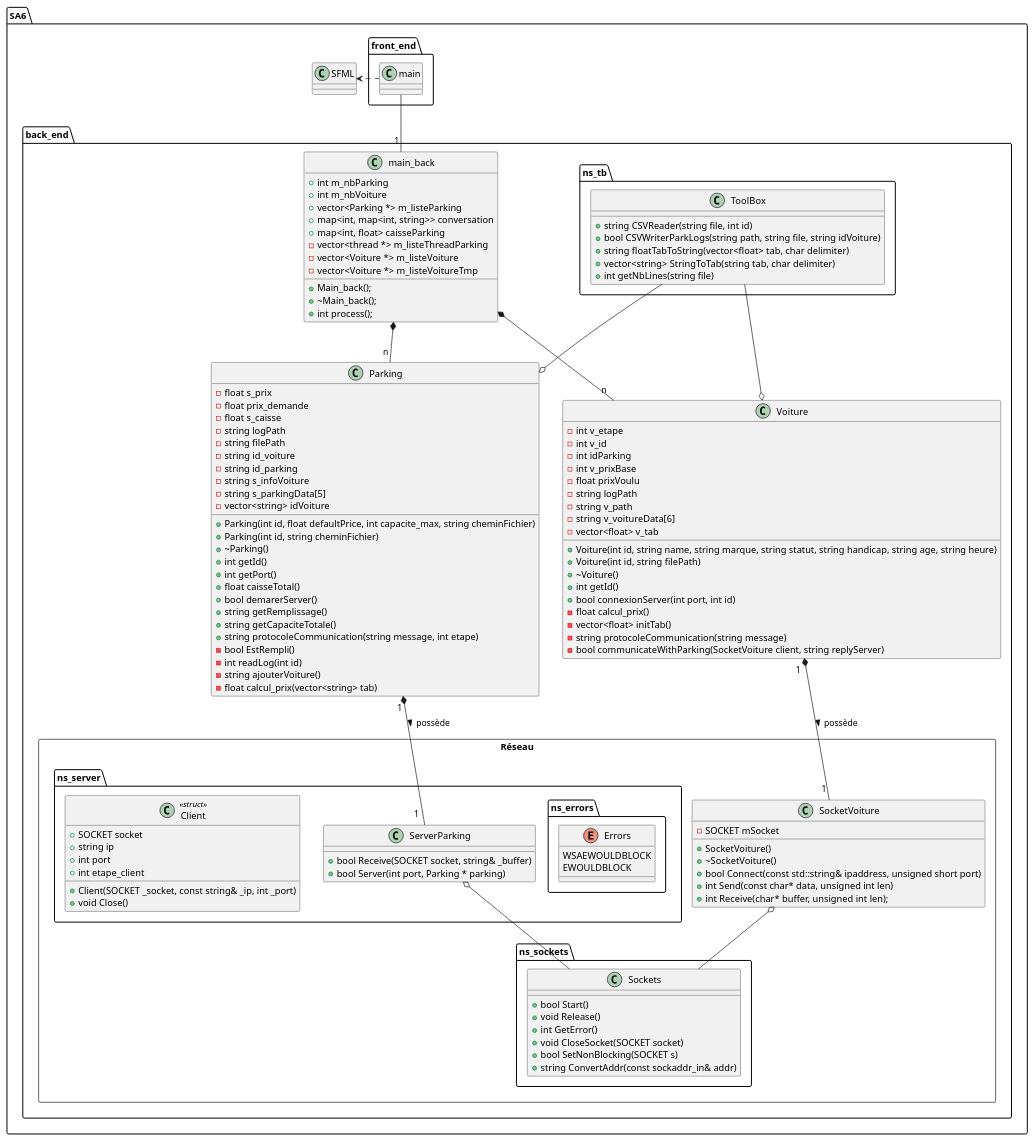
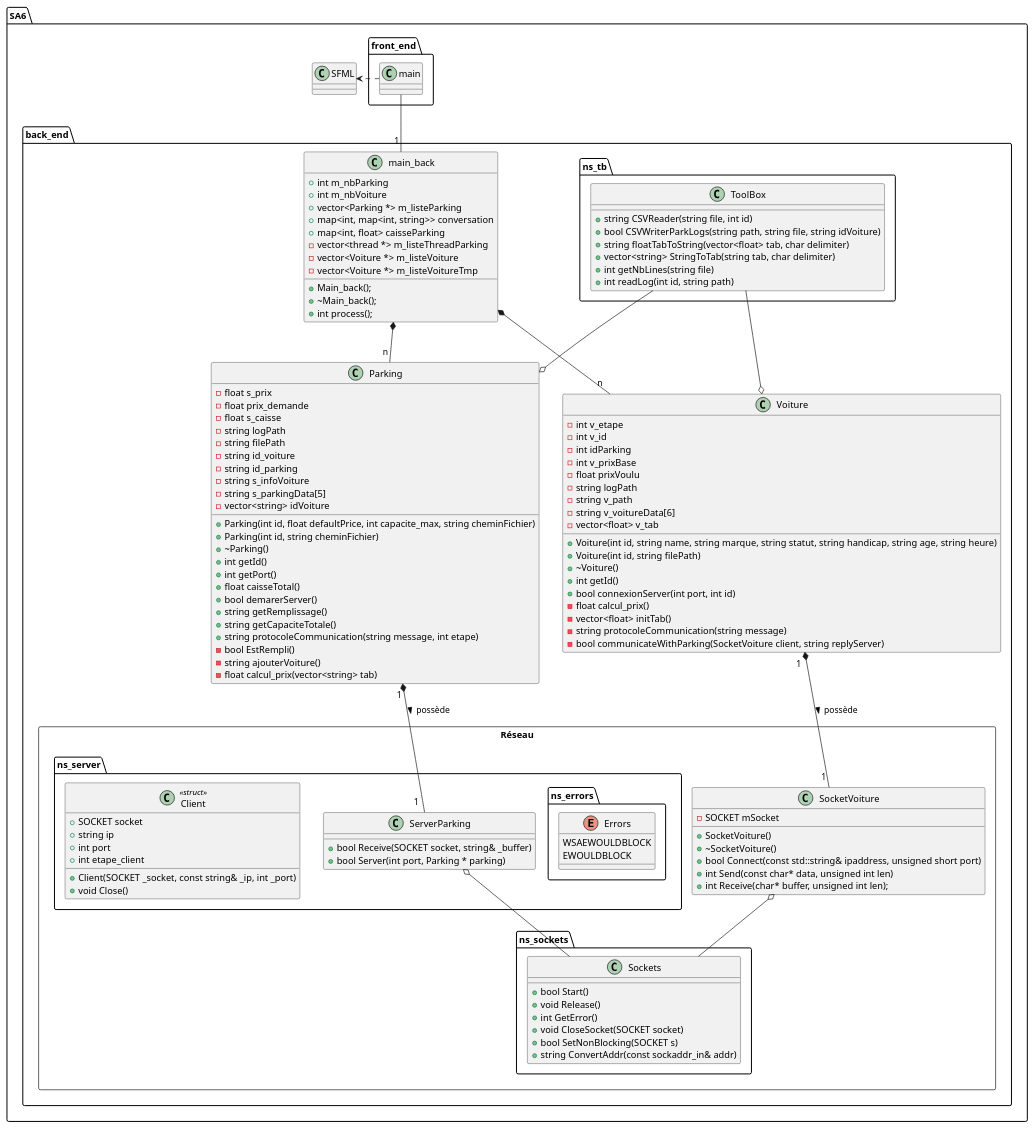
The diagram in SA6/doc/uml.plantuml (KevinFroissart/SA6_CarPark_AI), drawn with PlantUML before and after one commit. The commit also changed 39 other files, not shown here.

```diff
--- a/SA6/doc/uml.plantuml
+++ b/SA6/doc/uml.plantuml
@@ -1,156 +1,157 @@
 @startuml SA6_uml
 
 package SA6 {
 
     package front_end {
         class main {}
     }
 
     class SFML {}
 
     package back_end {
 
         class main_back {
             + int m_nbParking
             + int m_nbVoiture
             + vector<Parking *> m_listeParking
             + map<int, map<int, string>> conversation
             + map<int, float> caisseParking
             - vector<thread *> m_listeThreadParking
             - vector<Voiture *> m_listeVoiture
             - vector<Voiture *> m_listeVoitureTmp
 
             + Main_back();
             + ~Main_back();
             + int process();
         }
 
         package ns_tb {
             class ToolBox {
                 + string CSVReader(string file, int id)
                 + bool CSVWriterParkLogs(string path, string file, string idVoiture)
                 + string floatTabToString(vector<float> tab, char delimiter)
                 + vector<string> StringToTab(string tab, char delimiter)
                 + int getNbLines(string file)
+                + int readLog(int id, string path)
+
             }
         }
         
         class Parking {
             - float s_prix
             - float prix_demande
             - float s_caisse
             - string logPath
             - string filePath
             - string id_voiture
             - string id_parking
             - string s_infoVoiture
             - string s_parkingData[5]
             - vector<string> idVoiture
 
             + Parking(int id, float defaultPrice, int capacite_max, string cheminFichier)
             + Parking(int id, string cheminFichier)
             + ~Parking()
             + int getId()
             + int getPort()
             + float caisseTotal()
             + bool demarerServer()
             + string getRemplissage()
             + string getCapaciteTotale()
             + string protocoleCommunication(string message, int etape)
             - bool EstRempli()
-            - int readLog(int id)
             - string ajouterVoiture()
             - float calcul_prix(vector<string> tab)
         }
 
         Class Voiture {
             - int v_etape
             - int v_id
             - int idParking
             - int v_prixBase
             - float prixVoulu
             - string logPath
             - string v_path
             - string v_voitureData[6]
             - vector<float> v_tab
 
             + Voiture(int id, string name, string marque, string statut, string handicap, string age, string heure)
             + Voiture(int id, string filePath)
             + ~Voiture()
             + int getId()
             + bool connexionServer(int port, int id)
             - float calcul_prix()
             - vector<float> initTab()
             - string protocoleCommunication(string message)
             - bool communicateWithParking(SocketVoiture client, string replyServer)
         }
 
         package Réseau <<Rectangle>> {
 
             package ns_server {
                 Class ServerParking {
                     + bool Receive(SOCKET socket, string& _buffer)
                     + bool Server(int port, Parking * parking)
                 }
 
                 package ns_errors {
                     enum Errors {
                         WSAEWOULDBLOCK
                         EWOULDBLOCK
                     }
                 }
 
                 Class Client << struct >> {
                     + SOCKET socket
                     + string ip
                     + int port
                     + int etape_client
 
                     + Client(SOCKET _socket, const string& _ip, int _port)
                     + void Close()
                 }
             }
 
             Class SocketVoiture {
                 - SOCKET mSocket
 
                 + SocketVoiture()
                 + ~SocketVoiture()
                 + bool Connect(const std::string& ipaddress, unsigned short port)
                 + int Send(const char* data, unsigned int len)
                 + int Receive(char* buffer, unsigned int len);	
             }
 
             package ns_sockets{
 
                 Class Sockets {
 
                     + bool Start()
                     + void Release()
                     + int GetError()
                     + void CloseSocket(SOCKET socket)
                     + bool SetNonBlocking(SOCKET s)
                     + string ConvertAddr(const sockaddr_in& addr)    
                 }
             }
         }
     }
 }
 
 main .right.> SFML
 main -down-  "1 " main_back
 
 main_back *-- "n" Voiture
 main_back *-- "n " Parking
 
 ToolBox --o Voiture
 ToolBox --o Parking
 
 Parking "1 " *-- "1  " ServerParking : > possède
 Voiture "1  " *-- "1 " SocketVoiture : possède >
 
 SocketVoiture o-- Sockets
 ServerParking o-- Sockets
 
 
 @enduml
```
